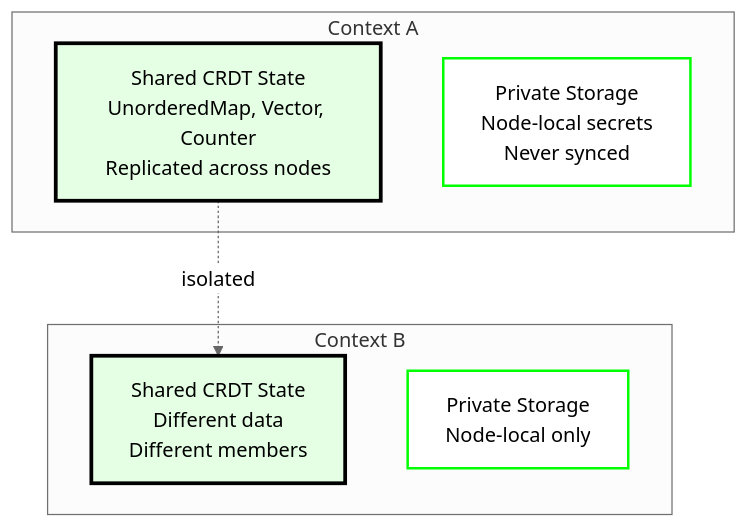
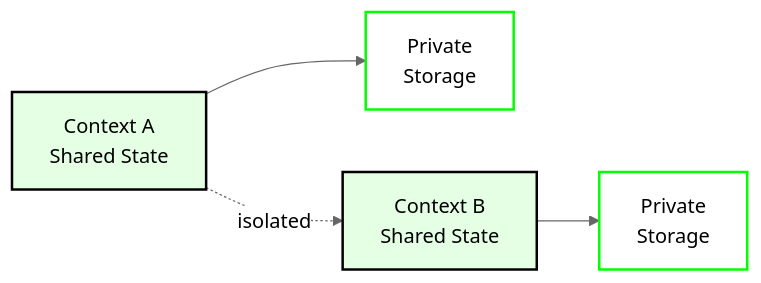
The second of 2 diagrams in docs/core-concepts/contexts.md (calimero-network/docs), drawn with Mermaid (neutral theme) before and after one commit. The commit also changed 5 other files, not shown here.

First line of the commit message:
fix: Fix Mermaid graph syntax errors and improve readability

````diff
--- a/docs/core-concepts/contexts.md
+++ b/docs/core-concepts/contexts.md
@@ -99,19 +99,11 @@
 ```mermaid
-graph TB
-    subgraph "Context A"
-        CRDT1[Shared CRDT State<br/>UnorderedMap, Vector, Counter<br/>Replicated across nodes]
-        PRIVATE1[Private Storage<br/>Node-local secrets<br/>Never synced]
-    end
+flowchart LR
+    CTX1[Context A<br/>Shared State] --> PRIVATE1[Private<br/>Storage]
+    CTX2[Context B<br/>Shared State] --> PRIVATE2[Private<br/>Storage]
+    CTX1 -.->|isolated| CTX2
     
-    subgraph "Context B"
-        CRDT2[Shared CRDT State<br/>Different data<br/>Different members]
-        PRIVATE2[Private Storage<br/>Node-local only]
-    end
-    
-    CRDT1 -.->|isolated| CRDT2
-    
-    style CRDT1 fill:#e5ffe5,stroke:#000000,stroke-width:3px
-    style CRDT2 fill:#e5ffe5,stroke:#000000,stroke-width:3px
+    style CTX1 fill:#e5ffe5,stroke:#000000,stroke-width:2px
+    style CTX2 fill:#e5ffe5,stroke:#000000,stroke-width:2px
     style PRIVATE1 fill:#ffffff,stroke:#00ff00,stroke-width:2px
     style PRIVATE2 fill:#ffffff,stroke:#00ff00,stroke-width:2px
 ```
````
